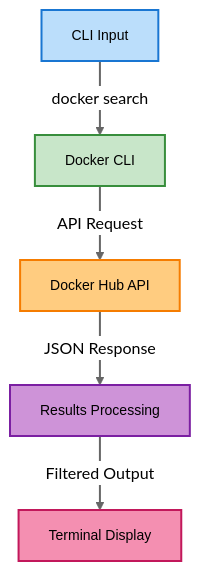
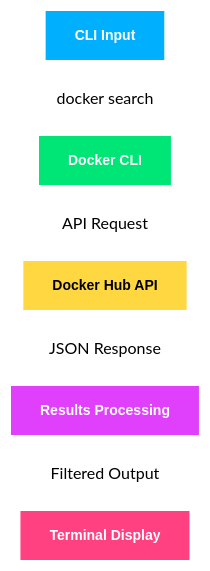
The diagram in README.md (TheToriqul/docker-search-command), drawn with Mermaid (neutral theme) before and after one commit.

Commit message:
Architecture updated

````diff
--- a/README.md
+++ b/README.md
@@ -16,16 +16,16 @@
 ```mermaid
 graph TD
     A[CLI Input] -->|docker search| B[Docker CLI]
     B -->|API Request| C[Docker Hub API]
     C -->|JSON Response| D[Results Processing]
     D -->|Filtered Output| E[Terminal Display]
     
-    style A fill:#bbdefb,stroke:#1976d2,stroke-width:2px
-    style B fill:#c8e6c9,stroke:#388e3c,stroke-width:2px
-    style C fill:#ffcc80,stroke:#f57c00,stroke-width:2px
-    style D fill:#ce93d8,stroke:#7b1fa2,stroke-width:2px
-    style E fill:#f48fb1,stroke:#c2185b,stroke-width:2px
+    style A fill:#00b0ff,stroke:#ffffff,stroke-width:2px,color:#ffffff
+    style B fill:#00e676,stroke:#ffffff,stroke-width:2px,color:#ffffff
+    style C fill:#ffd740,stroke:#ffffff,stroke-width:2px,color:#000000
+    style D fill:#e040fb,stroke:#ffffff,stroke-width:2px,color:#ffffff
+    style E fill:#ff4081,stroke:#ffffff,stroke-width:2px,color:#ffffff
 
-    classDef default font-size:14px,font-family:arial
-    linkStyle default stroke-width:2px
+    classDef default font-size:14px,font-family:arial,font-weight:bold
+    linkStyle default stroke:#ffffff,stroke-width:2px
 ```
````
